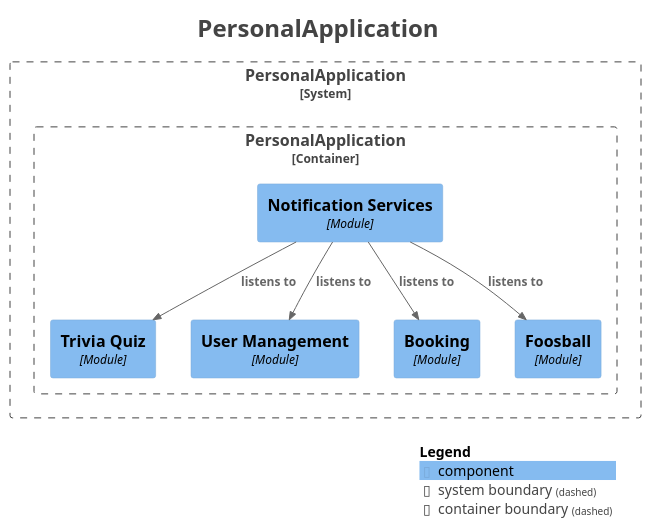
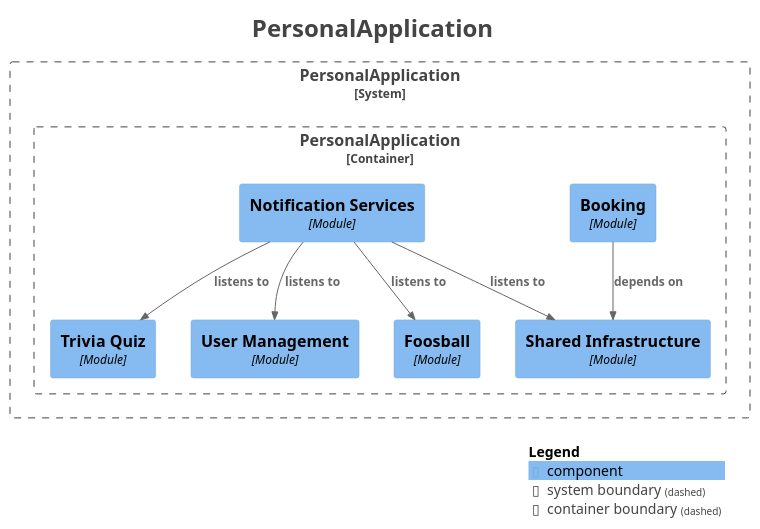
One commit to SnapPetal/PersonalWeb changed the diagram in docs/modulith/components.puml. Above: the diagram before and after it, drawn with PlantUML. The commit also changed 10 other files, not shown here.

First line of the commit message:
fix: move events to shared and eliminate cross-module dependencies

```diff
--- a/docs/modulith/components.puml
+++ b/docs/modulith/components.puml
@@ -1,36 +1,38 @@
 @startuml
 title <size:24>PersonalApplication</size>
 
 set separator none
 top to bottom direction
 
 <style>
   root {
     BackgroundColor: #ffffff
     FontColor: #444444
   }
 </style>
 
 !include <C4/C4>
 !include <C4/C4_Context>
 !include <C4/C4_Component>
 
 System_Boundary("PersonalApplication_boundary", "PersonalApplication", $tags="") {
   Container_Boundary("PersonalApplication.PersonalApplication_boundary", "PersonalApplication", $tags="") {
+    Component(PersonalApplication.PersonalApplication.UserManagement, "User Management", $techn="Module", $descr="", $tags="", $link="")
+    Component(PersonalApplication.PersonalApplication.Booking, "Booking", $techn="Module", $descr="", $tags="", $link="")
+    Component(PersonalApplication.PersonalApplication.NotificationServices, "Notification Services", $techn="Module", $descr="", $tags="", $link="")
+    Component(PersonalApplication.PersonalApplication.Foosball, "Foosball", $techn="Module", $descr="", $tags="", $link="")
+    Component(PersonalApplication.PersonalApplication.SharedInfrastructure, "Shared Infrastructure", $techn="Module", $descr="", $tags="", $link="")
     Component(PersonalApplication.PersonalApplication.TriviaQuiz, "Trivia Quiz", $techn="Module", $descr="", $tags="", $link="")
-    Component(PersonalApplication.PersonalApplication.UserManagement, "User Management", $techn="Module", $descr="", $tags="", $link="")
-    Component(PersonalApplication.PersonalApplication.NotificationServices, "Notification Services", $techn="Module", $descr="", $tags="", $link="")
-    Component(PersonalApplication.PersonalApplication.Booking, "Booking", $techn="Module", $descr="", $tags="", $link="")
-    Component(PersonalApplication.PersonalApplication.Foosball, "Foosball", $techn="Module", $descr="", $tags="", $link="")
   }
 
 }
 
-Rel(PersonalApplication.PersonalApplication.NotificationServices, PersonalApplication.PersonalApplication.Foosball, "listens to", $techn="", $tags="", $link="")
 Rel(PersonalApplication.PersonalApplication.NotificationServices, PersonalApplication.PersonalApplication.UserManagement, "listens to", $techn="", $tags="", $link="")
 Rel(PersonalApplication.PersonalApplication.NotificationServices, PersonalApplication.PersonalApplication.TriviaQuiz, "listens to", $techn="", $tags="", $link="")
-Rel(PersonalApplication.PersonalApplication.NotificationServices, PersonalApplication.PersonalApplication.Booking, "listens to", $techn="", $tags="", $link="")
+Rel(PersonalApplication.PersonalApplication.NotificationServices, PersonalApplication.PersonalApplication.Foosball, "listens to", $techn="", $tags="", $link="")
+Rel(PersonalApplication.PersonalApplication.NotificationServices, PersonalApplication.PersonalApplication.SharedInfrastructure, "listens to", $techn="", $tags="", $link="")
+Rel(PersonalApplication.PersonalApplication.Booking, PersonalApplication.PersonalApplication.SharedInfrastructure, "depends on", $techn="", $tags="", $link="")
 
 SHOW_LEGEND(true)
 hide stereotypes
 @enduml
```
